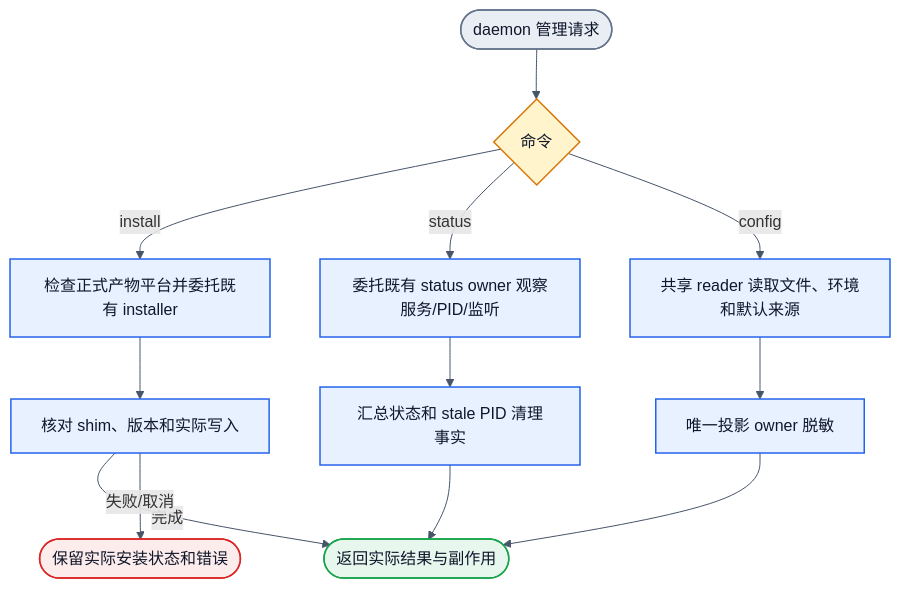
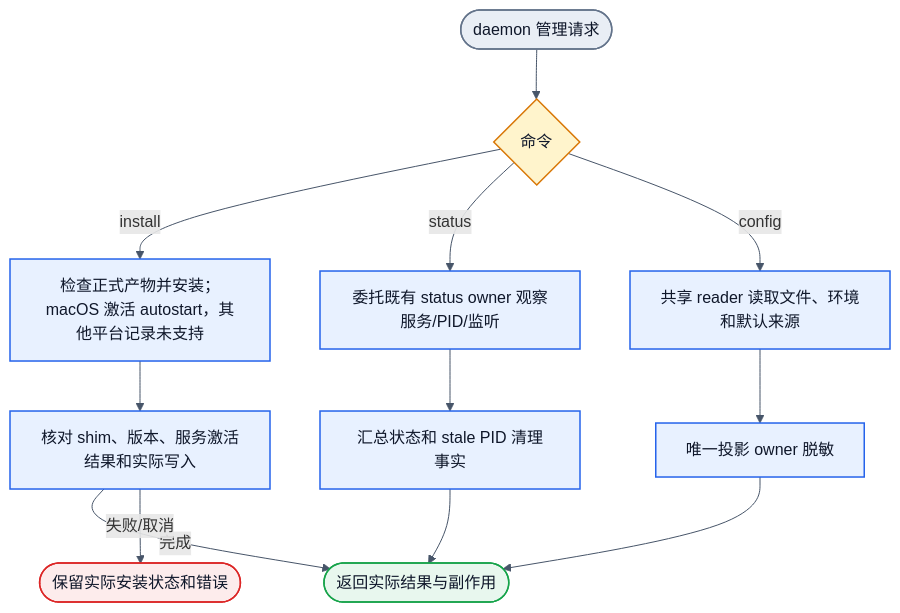
Before and after one commit to Jasonzhangf/zterm: the third of 3 diagrams in android/docs/decisions/2026-10-20-remote-cli.md, drawn with Mermaid. The commit also changed other lines of this file and 10 other files, not shown here.

Commit message:
feat(cli): default daemon install starts macOS service

````diff
--- a/android/docs/decisions/2026-10-20-remote-cli.md
+++ b/android/docs/decisions/2026-10-20-remote-cli.md
@@ -544,20 +544,20 @@
 ```mermaid
 flowchart TD
   D0([daemon 管理请求]):::boundary --> D1{命令}:::decision
-  D1 -->|install| D2[检查正式产物平台并委托既有 installer]:::action
-  D2 --> D3[核对 shim、版本和实际写入]:::action
+  D1 -->|install| D2[检查正式产物并安装；macOS 激活 autostart，其他平台记录未支持]:::action
+  D2 --> D3[核对 shim、版本、服务激活结果和实际写入]:::action
   D1 -->|status| D4[委托既有 status owner 观察服务/PID/监听]:::action
   D4 --> D5[汇总状态和 stale PID 清理事实]:::action
   D1 -->|config| D6[共享 reader 读取文件、环境和默认来源]:::action
   D6 --> D7[唯一投影 owner 脱敏]:::action
   D3 -->|完成| DO([返回实际结果与副作用]):::success
   D3 -->|失败/取消| DF([保留实际安装状态和错误]):::failure
   D5 --> DO
   D7 --> DO
   classDef boundary fill:#E9EEF5,stroke:#64748B,color:#0F172A,stroke-width:1.5px
   classDef action fill:#E8F1FF,stroke:#2563EB,color:#0F172A,stroke-width:1.5px
   classDef decision fill:#FFF4CC,stroke:#D97706,color:#0F172A,stroke-width:1.5px
   classDef success fill:#E8F7EE,stroke:#16A34A,color:#0F172A,stroke-width:1.5px
   classDef failure fill:#FDECEC,stroke:#DC2626,color:#0F172A,stroke-width:1.5px
   linkStyle default stroke:#475569
 ```
````
